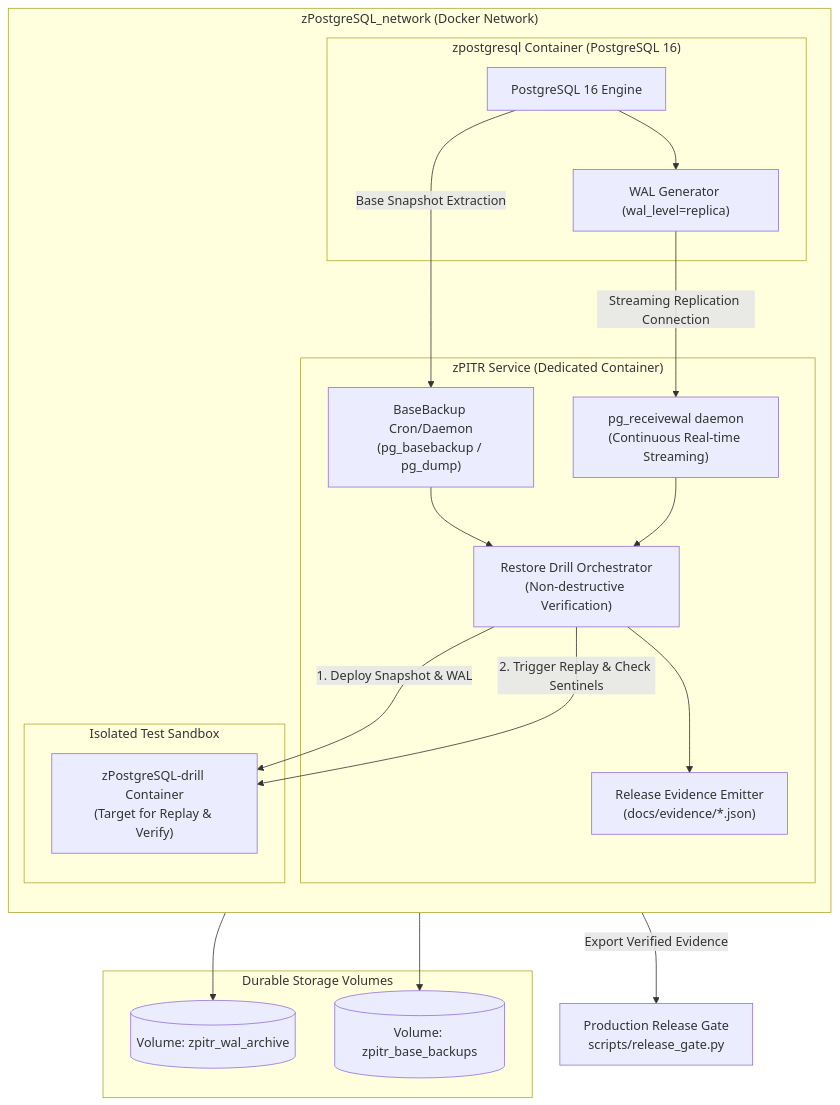
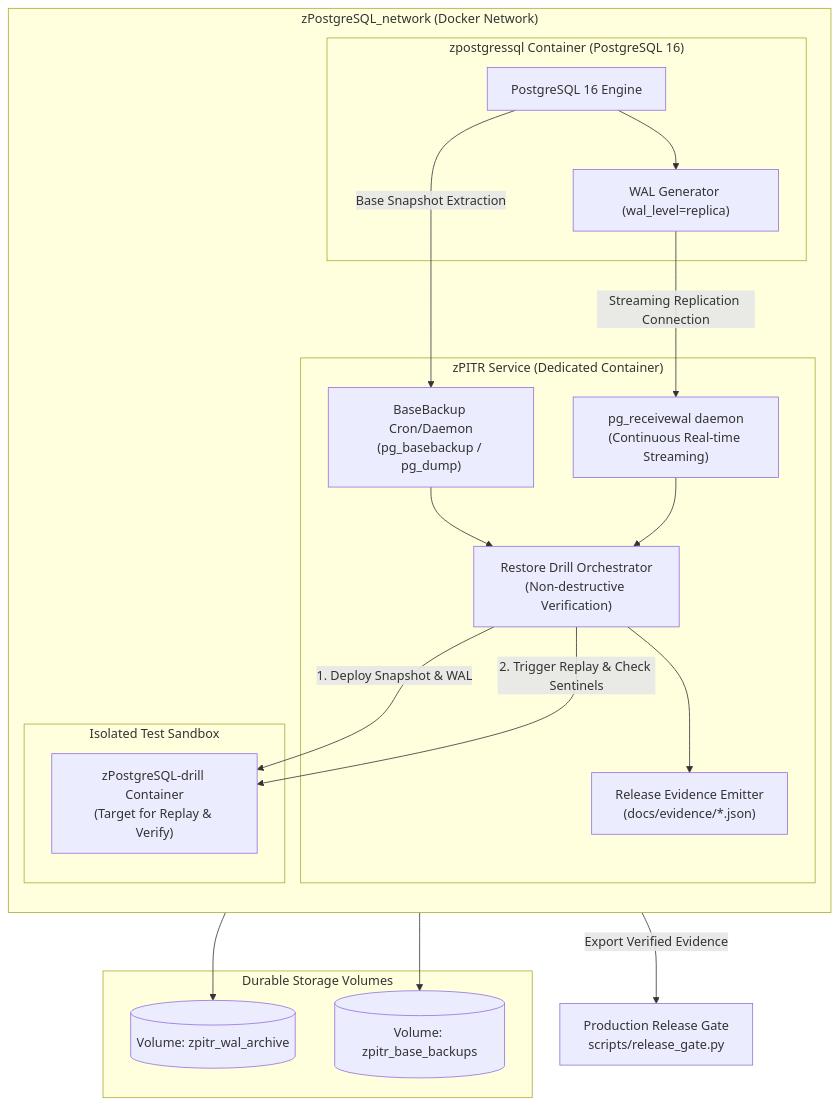
Before and after one commit to cvsz/zcoder: the diagram in docs/operations/zpitr-implementation.md, drawn with Mermaid. The commit also changed other lines of this file and 127 other files, not shown here.

````diff
--- a/docs/operations/zpitr-implementation.md
+++ b/docs/operations/zpitr-implementation.md
@@ -26,41 +26,41 @@
 ```mermaid
 flowchart TD
     subgraph PrimaryNetwork ["zPostgreSQL_network (Docker Network)"]
         direction TB
-        subgraph PrimaryDB ["zpostgresql Container (PostgreSQL 16)"]
+        subgraph PrimaryDB ["zpostgressql Container (PostgreSQL 16)"]
             PGCore["PostgreSQL 16 Engine"]
             WALEngine["WAL Generator (wal_level=replica)"]
             PGCore --> WALEngine
         end
 
         subgraph zPITRContainer ["zPITR Service (Dedicated Container)"]
             WALReceiver["pg_receivewal daemon<br/>(Continuous Real-time Streaming)"]
             BaseBackupRunner["BaseBackup Cron/Daemon<br/>(pg_basebackup / pg_dump)"]
             DrillOrchestrator["Restore Drill Orchestrator<br/>(Non-destructive Verification)"]
             EvidenceEmitter["Release Evidence Emitter<br/>(docs/evidence/*.json)"]
             
             BaseBackupRunner --> DrillOrchestrator
             WALReceiver --> DrillOrchestrator
             DrillOrchestrator --> EvidenceEmitter
         end
 
         subgraph TestEnvironment ["Isolated Test Sandbox"]
             IsolatedPG["zPostgreSQL-drill Container<br/>(Target for Replay & Verify)"]
         end
     end
 
     subgraph StorageVolumes ["Durable Storage Volumes"]
         WALVol[("Volume: zpitr_wal_archive")]
         BaseVol[("Volume: zpitr_base_backups")]
     end
 
     WALEngine -- "Streaming Replication Connection" --> WALReceiver
     PGCore -- "Base Snapshot Extraction" --> BaseBackupRunner
     
     WALReceiver --> WALVol
     BaseBackupRunner --> BaseVol
     
     DrillOrchestrator -- "1. Deploy Snapshot & WAL" --> IsolatedPG
     DrillOrchestrator -- "2. Trigger Replay & Check Sentinels" --> IsolatedPG
     EvidenceEmitter -- "Export Verified Evidence" --> Gate["Production Release Gate<br/>scripts/release_gate.py"]
 ```
````
